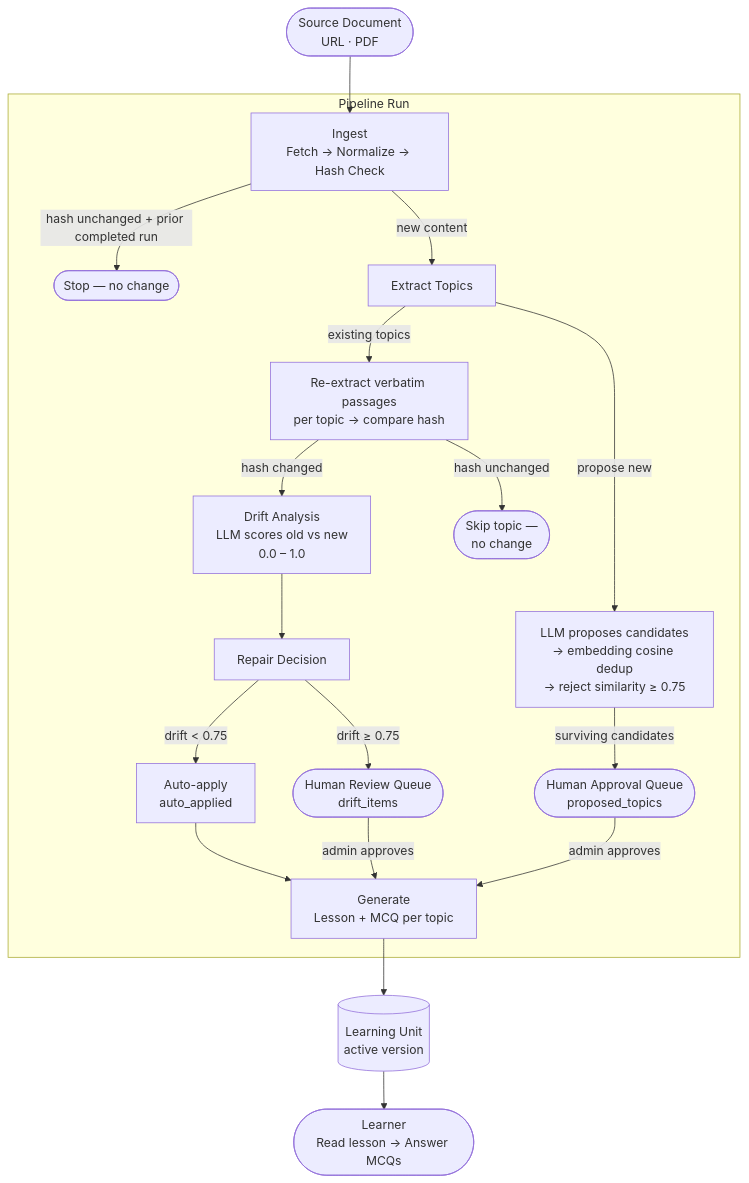
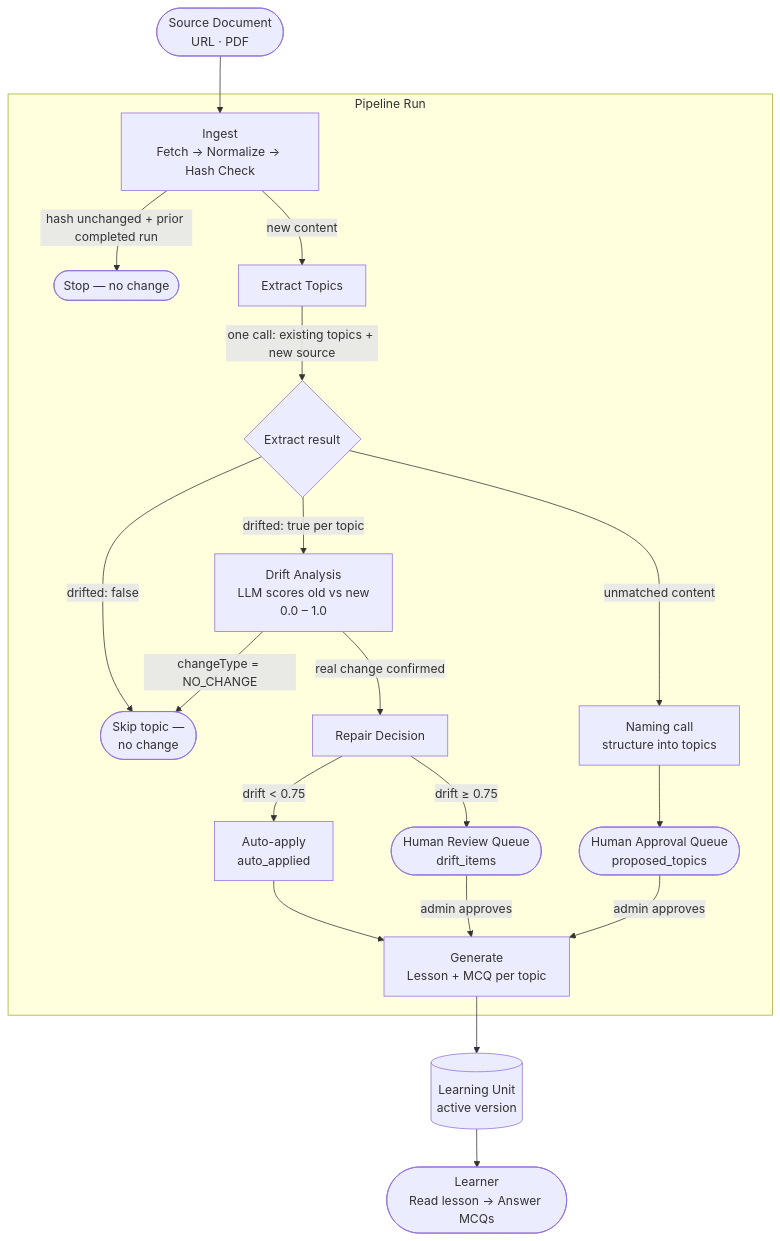
Before and after one commit to Sidd27/self-healing-content-system: the first of 4 diagrams in README.md, drawn with Mermaid. The commit also changed other lines of this file, not shown here.

Commit message:
docs: update README to reflect extract/drift rework and embedding removal

````diff
--- a/README.md
+++ b/README.md
@@ -105,30 +97,30 @@
 ```mermaid
 flowchart TD
     A([Source Document\nURL · PDF]) --> B
 
     subgraph PIPELINE["Pipeline Run"]
         B[Ingest\nFetch → Normalize → Hash Check]
         B -->|hash unchanged + prior completed run| C1([Stop — no change])
         B -->|new content| D
 
         D[Extract Topics]
-        D -->|existing topics| E[Re-extract verbatim passages\nper topic → compare hash]
-        D -->|propose new| F[LLM proposes candidates\n→ embedding cosine dedup\n→ reject similarity ≥ 0.75]
+        D -->|one call: existing topics + new source| E{Extract result}
+        E -->|drifted: true per topic| G[Drift Analysis\nLLM scores old vs new\n0.0 – 1.0]
+        E -->|drifted: false| SKIP([Skip topic —\nno change])
+        E -->|unmatched content| F[Naming call\nstructure into topics]
 
-        E -->|hash changed| G[Drift Analysis\nLLM scores old vs new\n0.0 – 1.0]
-        E -->|hash unchanged| SKIP([Skip topic —\nno change])
+        F --> APPROVE([Human Approval Queue\nproposed_topics])
 
-        F -->|surviving candidates| APPROVE([Human Approval Queue\nproposed_topics])
-
-        G --> H[Repair Decision]
+        G -->|changeType = NO_CHANGE| SKIP
+        G -->|real change confirmed| H[Repair Decision]
         H -->|drift < 0.75| I[Auto-apply\nauto_applied]
         H -->|drift ≥ 0.75| J([Human Review Queue\ndrift_items])
 
         I --> K[Generate\nLesson + MCQ per topic]
         J -->|admin approves| K
         APPROVE -->|admin approves| K
     end
 
     K --> L[(Learning Unit\nactive version)]
     L --> M([Learner\nRead lesson → Answer MCQs])
 ```
````
